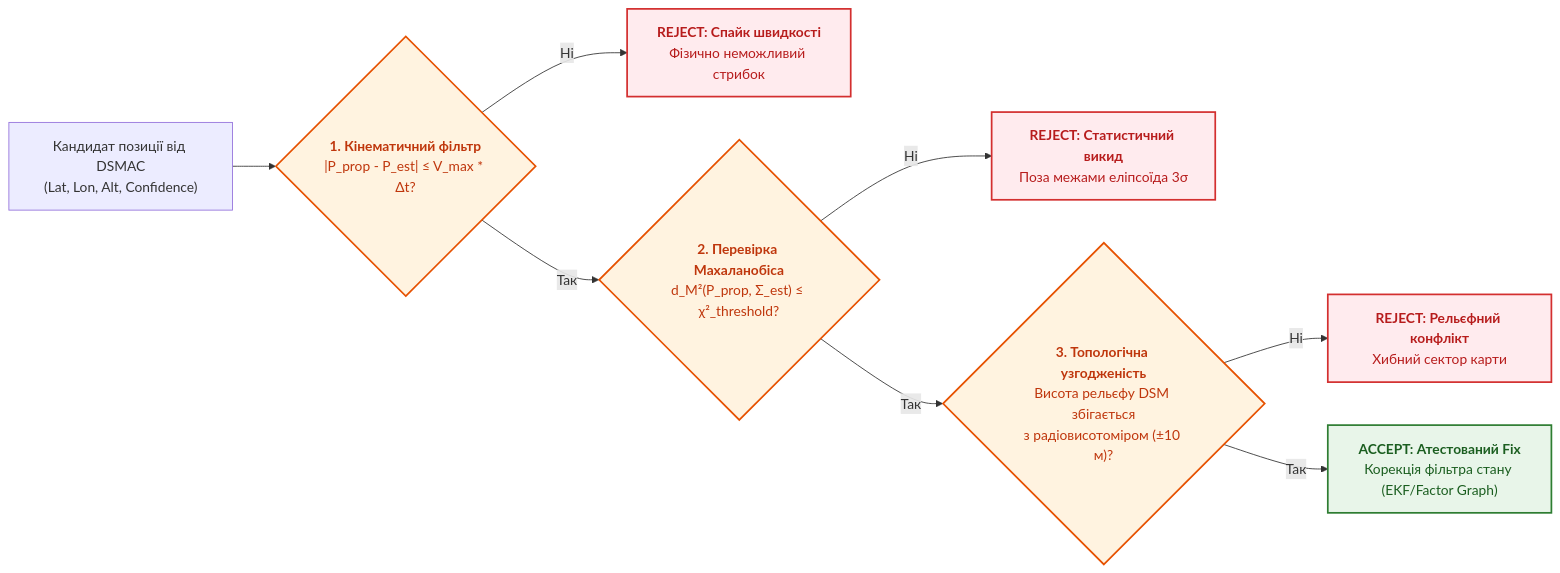
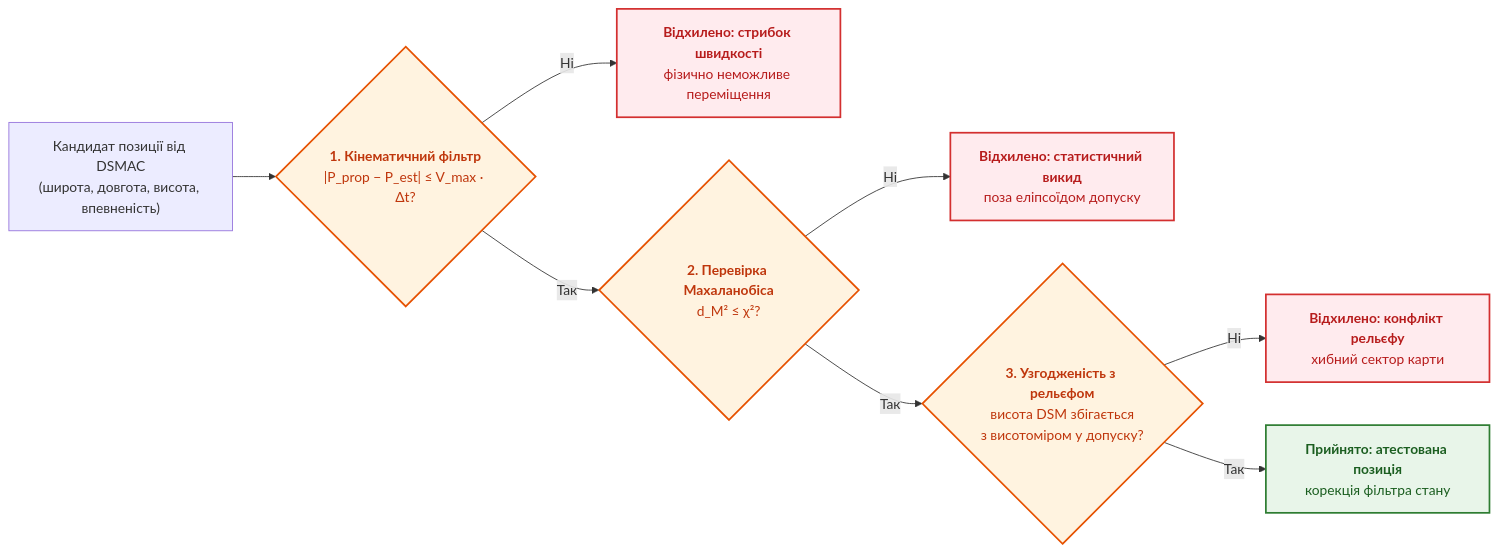
One commit to nick-fedchik/articles changed the third of 5 diagrams in ExpertSystem/appendix-c-autonomous-navigation-and-geosearch.md. Above: the diagram before and after it, drawn with Mermaid. The commit also changed other lines of this file, not shown here.

````diff
--- a/ExpertSystem/appendix-c-autonomous-navigation-and-geosearch.md
+++ b/ExpertSystem/appendix-c-autonomous-navigation-and-geosearch.md
@@ -134,24 +124,24 @@
 ```mermaid
 flowchart LR
-    accTitle: Логіка валідації гіпотези місцеположення у VAIM
-    accDescr: Перевірка кандидата оптичної фіксації через кінематичні допуски, розбіжність залишків та топологічну несуперечність.
+    accTitle: Логіка перевірки кандидата позиції у VAIM
+    accDescr: Перевірка кандидата оптичного зіставлення через кінематичні допуски, відстань Махаланобіса та узгодженість з рельєфом.
 
-    PROP["Кандидат позиції від DSMAC<br/>(Lat, Lon, Alt, Confidence)"] --> C1{"<b>1. Кінематичний фільтр</b><br/>|P_prop - P_est| ≤ V_max * Δt?"}
-    
-    C1 -->|Ні| REJ1["<b>REJECT: Спайк швидкості</b><br/>Фізично неможливий стрибок"]
-    C1 -->|Так| C2{"<b>2. Перевірка Махаланобіса</b><br/>d_M²(P_prop, Σ_est) ≤ χ²_threshold?"}
-    
-    C2 -->|Ні| REJ2["<b>REJECT: Статистичний викид</b><br/>Поза межами еліпсоїда 3σ"]
-    C2 -->|Так| C3{"<b>3. Топологічна узгодженість</b><br/>Висота рельєфу DSM збігається<br/>з радіовисотоміром (±10 м)?"}
-    
-    C3 -->|Ні| REJ3["<b>REJECT: Рельєфний конфлікт</b><br/>Хибний сектор карти"]
-    C3 -->|Так| ACC["<b>ACCEPT: Атестований Fix</b><br/>Корекція фільтра стану (EKF/Factor Graph)"]
+    PROP["Кандидат позиції від DSMAC<br/>(широта, довгота, висота, впевненість)"] --> C1{"<b>1. Кінематичний фільтр</b><br/>|P_prop − P_est| ≤ V_max · Δt?"}
+
+    C1 -->|"Ні"| REJ1["<b>Відхилено: стрибок швидкості</b><br/>фізично неможливе переміщення"]
+    C1 -->|"Так"| C2{"<b>2. Перевірка Махаланобіса</b><br/>d_M² ≤ χ²?"}
+
+    C2 -->|"Ні"| REJ2["<b>Відхилено: статистичний викид</b><br/>поза еліпсоїдом допуску"]
+    C2 -->|"Так"| C3{"<b>3. Узгодженість з рельєфом</b><br/>висота DSM збігається<br/>з висотоміром у допуску?"}
+
+    C3 -->|"Ні"| REJ3["<b>Відхилено: конфлікт рельєфу</b><br/>хибний сектор карти"]
+    C3 -->|"Так"| ACC["<b>Прийнято: атестована позиція</b><br/>корекція фільтра стану"]
 
     classDef check fill:#fff3e0,stroke:#e65100,stroke-width:2px,color:#bf360c;
     classDef rej fill:#ffebee,stroke:#d32f2f,stroke-width:2px,color:#b71c1c;
     classDef acc fill:#e8f5e9,stroke:#2e7d32,stroke-width:2px,color:#1b5e20;
 
     class C1,C2,C3 check;
     class REJ1,REJ2,REJ3 rej;
     class ACC acc;
 ```
````
